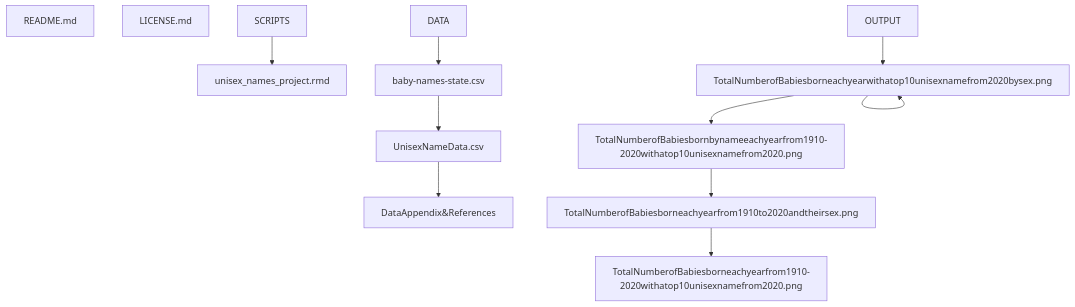
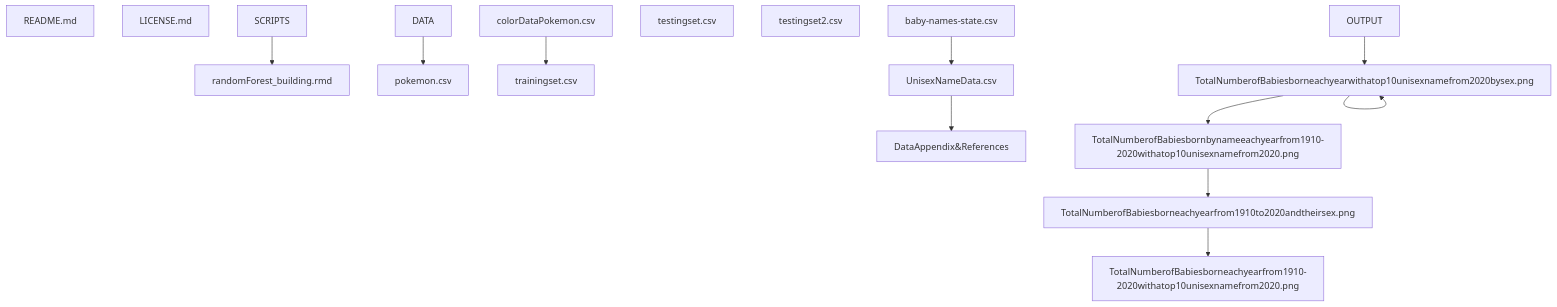
One commit to aschebell/DS4002-Project3 changed the diagram in README.md. Above: the diagram before and after it, drawn with Mermaid.

````diff
--- a/README.md
+++ b/README.md
@@ -14,14 +14,14 @@
 ```mermaid
 graph TD;
     README.md;
     LICENSE.md;
-    SCRIPTS-->unisex_names_project.rmd;
-    DATA-->baby-names-state.csv;
+    SCRIPTS-->randomForest_building.rmd;
+    DATA-->pokemon.csv; colorDataPokemon.csv--> trainingset.csv; testingset.csv; testingset2.csv;
     baby-names-state.csv-->UnisexNameData.csv;
     UnisexNameData.csv-->DataAppendix&References;
     OUTPUT-->TotalNumberofBabiesborneachyearwithatop10unisexnamefrom2020bysex.png;
     TotalNumberofBabiesborneachyearwithatop10unisexnamefrom2020bysex.png-->TotalNumberofBabiesborneachyearwithatop10unisexnamefrom2020bysex.png;
     TotalNumberofBabiesborneachyearwithatop10unisexnamefrom2020bysex.png-->TotalNumberofBabiesbornbynameeachyearfrom1910-2020withatop10unisexnamefrom2020.png;
     TotalNumberofBabiesbornbynameeachyearfrom1910-2020withatop10unisexnamefrom2020.png-->TotalNumberofBabiesborneachyearfrom1910to2020andtheirsex.png;
     TotalNumberofBabiesborneachyearfrom1910to2020andtheirsex.png-->TotalNumberofBabiesborneachyearfrom1910-2020withatop10unisexnamefrom2020.png;
 ```
````
